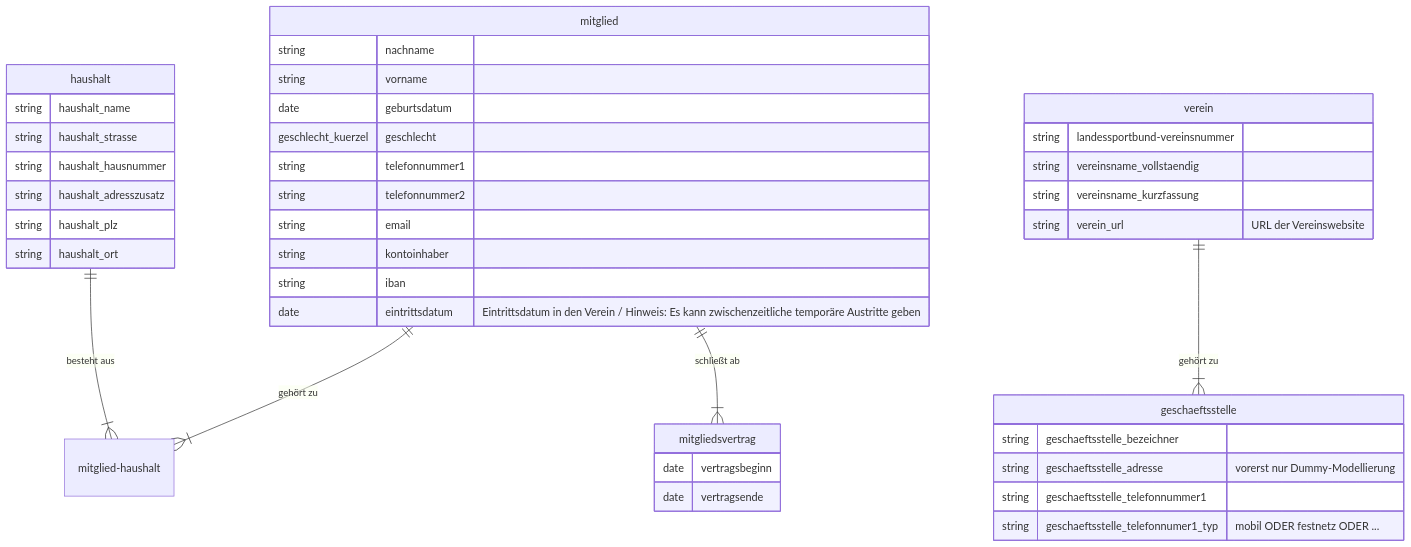
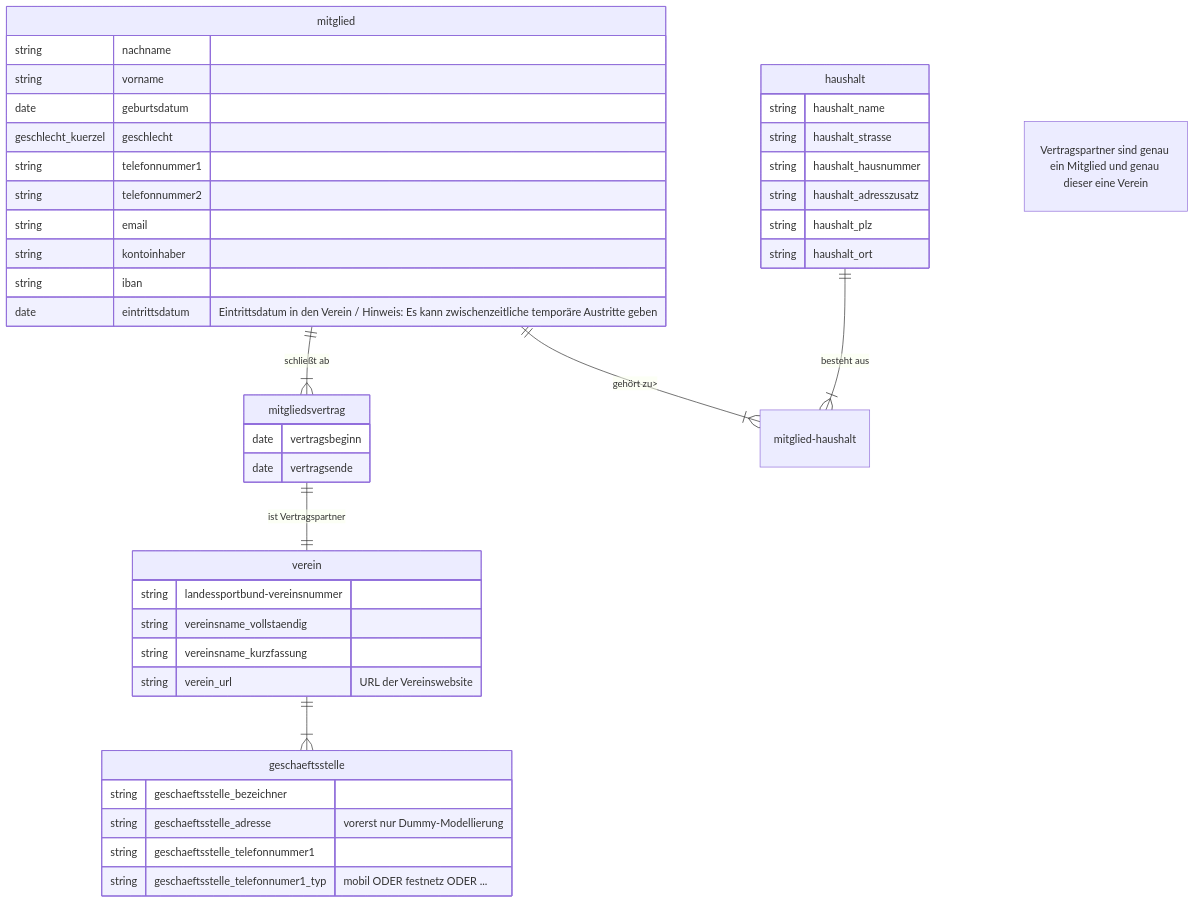
The diagram in database-schema/sportyweb-schema.md (Lehrstuhl-BWL-EvIS/sportyweb), drawn with Mermaid before and after one commit.

````diff
--- a/database-schema/sportyweb-schema.md
+++ b/database-schema/sportyweb-schema.md
@@ -28,52 +28,54 @@
 ```mermaid
 erDiagram
-          mitglied ||--|{ mitglied-haushalt : "gehört zu"
-          haushalt ||--|{ mitglied-haushalt : "besteht aus"
-          mitglied ||--|{ mitgliedsvertrag : "schließt ab"
-          
-
           mitglied {
             string nachname
             string vorname
             date geburtsdatum
             geschlecht_kuerzel geschlecht
             string telefonnummer1
             string telefonnummer2
             string email
             string kontoinhaber
             string iban
             date eintrittsdatum "Eintrittsdatum in den Verein / Hinweis: Es kann zwischenzeitliche temporäre Austritte geben"
           }
 
           haushalt {
             string haushalt_name
             string haushalt_strasse
             string haushalt_hausnummer
             string haushalt_adresszusatz
             string haushalt_plz
             string haushalt_ort
           }
 
           mitgliedsvertrag {
             date vertragsbeginn
             date vertragsende
           }
 
-
-
-          verein ||--|{ geschaeftsstelle : "gehört zu"
-
           verein {
             string landessportbund-vereinsnummer
             string vereinsname_vollstaendig
             string vereinsname_kurzfassung
             string verein_url "URL der Vereinswebsite"
           }
 
           geschaeftsstelle {
             string geschaeftsstelle_bezeichner
             string geschaeftsstelle_adresse "vorerst nur Dummy-Modellierung"
             string geschaeftsstelle_telefonnummer1
             string geschaeftsstelle_telefonnumer1_typ "mobil ODER festnetz ODER ..."
           }
+
+          mitglied ||--|{ mitglied-haushalt : "gehört zu>"
+          haushalt ||--|{ mitglied-haushalt : "besteht aus"
+          mitglied ||--|{ mitgliedsvertrag : "schließt ab"
+          
+"Vertragspartner sind genau ein Mitglied und genau dieser eine Verein"
+
+          mitgliedsvertrag ||--|| verein : "ist Vertragspartner"
+
+          verein ||--|{ geschaeftsstelle : "<gehört zu"
+
 ```
````
